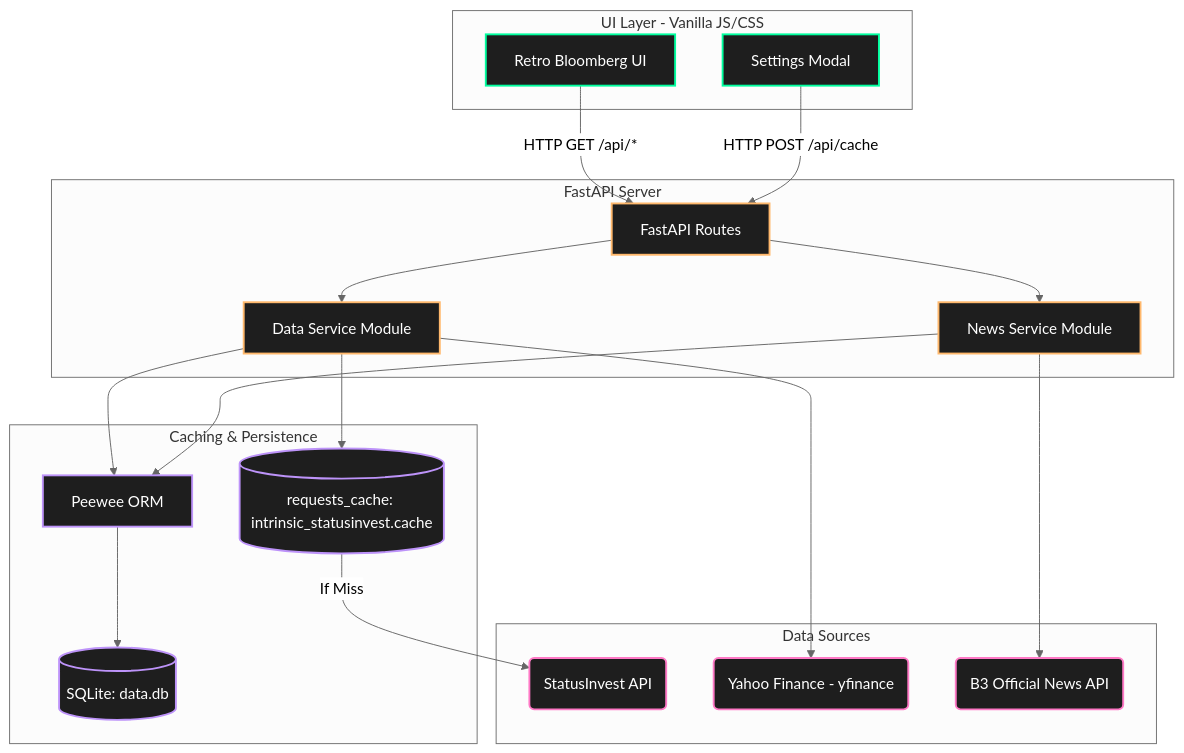
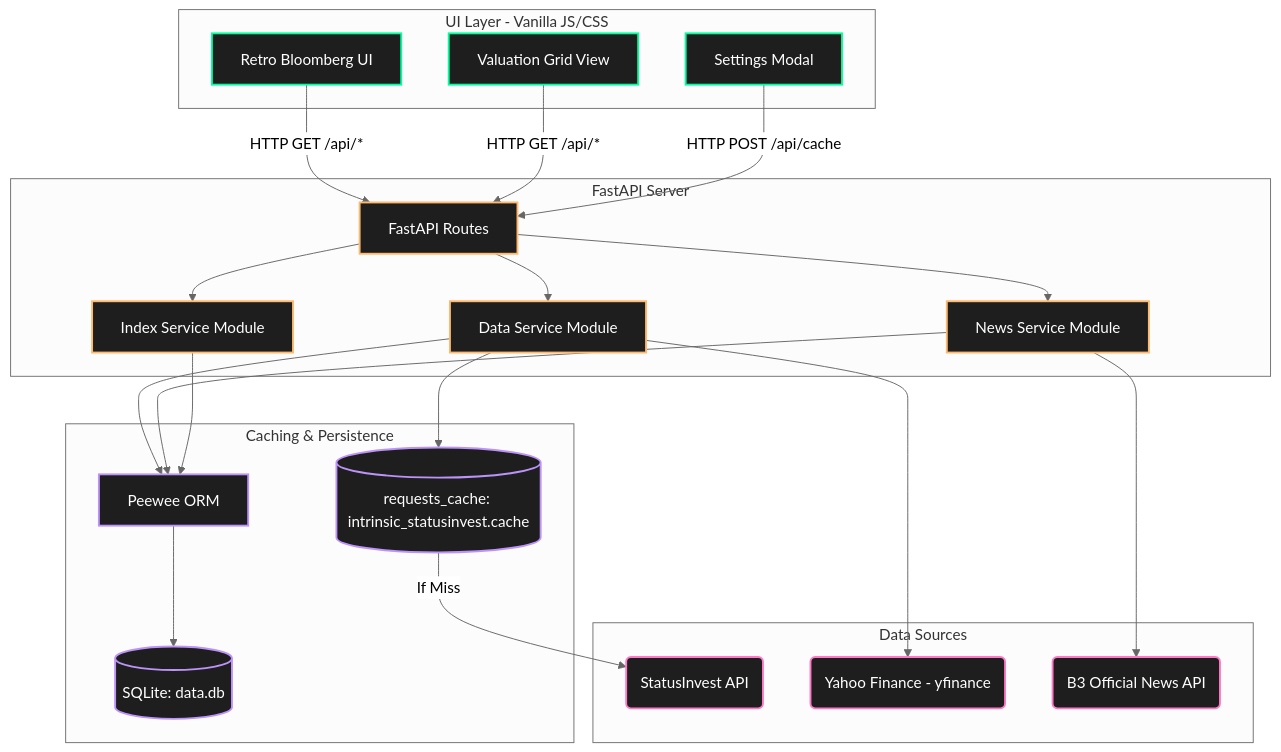
The first of 2 diagrams in README.md (gguillaux/intrinsic), drawn with Mermaid (neutral theme) before and after one commit. The commit also changed other lines of this file and 5 other files, not shown here.

First line of the commit message:
docs: enrich README with V3 features, grid view screenshots, and project structure

````diff
--- a/README.md
+++ b/README.md
@@ -9,48 +26,53 @@
 ```mermaid
 graph TD
     %% Styling
     classDef frontend fill:#1e1e1e,stroke:#00ff9f,stroke-width:2px,color:#fff
     classDef backend fill:#1e1e1e,stroke:#ffb86c,stroke-width:2px,color:#fff
     classDef db fill:#1e1e1e,stroke:#bd93f9,stroke-width:2px,color:#fff
     classDef api fill:#1e1e1e,stroke:#ff79c6,stroke-width:2px,color:#fff
 
     %% Components
     subgraph Frontend [UI Layer - Vanilla JS/CSS]
         UI[Retro Bloomberg UI]:::frontend
         Settings[Settings Modal]:::frontend
+        Grid[Valuation Grid View]:::frontend
     end
 
     subgraph Backend [FastAPI Server]
         API[FastAPI Routes]:::backend
         DataService[Data Service Module]:::backend
         NewsService[News Service Module]:::backend
+        IndexService[Index Service Module]:::backend
     end
 
     subgraph Data Stores [Caching & Persistence]
         DB[(SQLite: data.db)]:::db
         Peewee[Peewee ORM]:::db
         ReqCache[(requests_cache: intrinsic_statusinvest.cache)]:::db
     end
 
     subgraph External APIs [Data Sources]
         SI(StatusInvest API):::api
         YF(Yahoo Finance - yfinance):::api
         B3(B3 Official News API):::api
     end
 
     %% Flow
     UI -->|HTTP GET /api/*| API
+    Grid -->|HTTP GET /api/*| API
     Settings -->|HTTP POST /api/cache| API
     API --> DataService
     API --> NewsService
+    API --> IndexService
 
     DataService --> Peewee
     NewsService --> Peewee
+    IndexService --> Peewee
     Peewee --> DB
 
     DataService --> ReqCache
     ReqCache -->|If Miss| SI
     DataService --> YF
 
     NewsService --> B3
 ```
````
